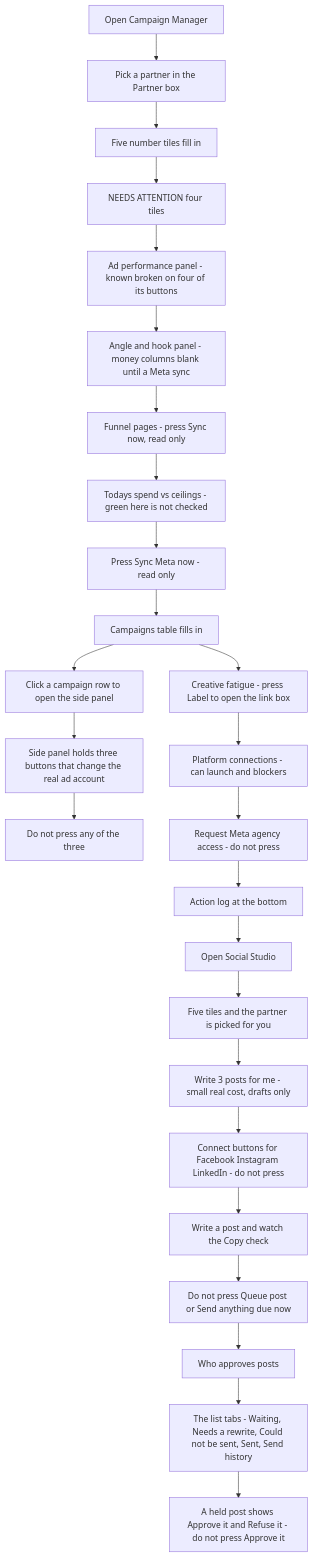
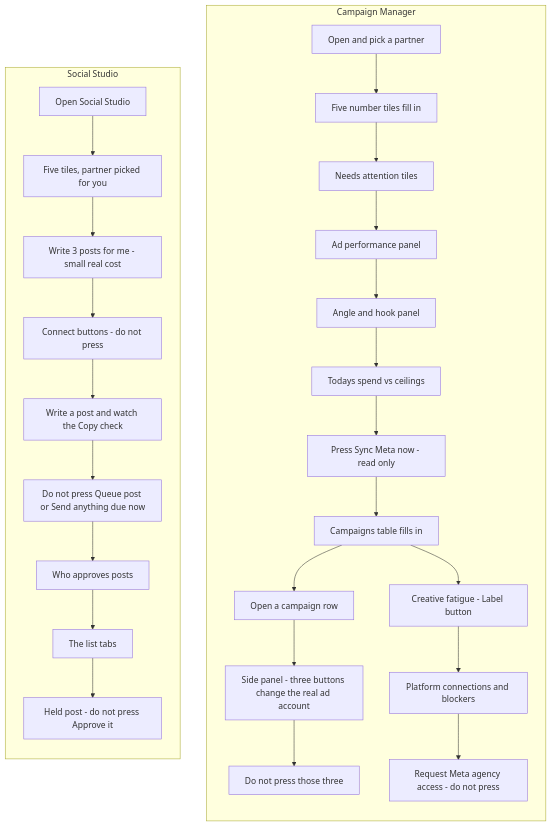
The second of 3 diagrams in docs/workflows/marketing-walkthrough-2026-09-17.md (ZootimusMaximusSupreme/Fundhub_ai), drawn with Mermaid before and after one commit. The commit also changed other lines of this file and 2 other files, not shown here.

Commit message:
Marketing sheet diagrams: close the cut-off M1 line, split M2 into two charts
M1's last box was written without its closing bracket, so the sales-video branch
was lost. M2 was 26 boxes in one 2,900px column; it is now a Campaign Manager
group beside a Social Studio group, 1,445px. Checked in the browser: three
diagrams draw, no syntax errors.

````diff
--- a/docs/workflows/marketing-walkthrough-2026-09-17.md
+++ b/docs/workflows/marketing-walkthrough-2026-09-17.md
@@ -147,28 +147,30 @@
 ```mermaid
 flowchart TD
-A[Open Campaign Manager] --> B[Pick a partner in the Partner box]
-B --> C[Five number tiles fill in]
-C --> D[NEEDS ATTENTION four tiles]
-D --> E[Ad performance panel - known broken on four of its buttons]
-E --> F[Angle and hook panel - money columns blank until a Meta sync]
-F --> G[Funnel pages - press Sync now, read only]
-G --> H[Todays spend vs ceilings - green here is not checked]
-H --> I[Press Sync Meta now - read only]
-I --> J[Campaigns table fills in]
-J --> K[Click a campaign row to open the side panel]
-K --> L[Side panel holds three buttons that change the real ad account]
-L --> M[Do not press any of the three]
-J --> N[Creative fatigue - press Label to open the link box]
-N --> O[Platform connections - can launch and blockers]
-O --> P[Request Meta agency access - do not press]
-P --> Q[Action log at the bottom]
-Q --> R[Open Social Studio]
-R --> S[Five tiles and the partner is picked for you]
-S --> T[Write 3 posts for me - small real cost, drafts only]
-T --> U[Connect buttons for Facebook Instagram LinkedIn - do not press]
-U --> V[Write a post and watch the Copy check]
-V --> W[Do not press Queue post or Send anything due now]
-W --> X[Who approves posts]
-X --> Y[The list tabs - Waiting, Needs a rewrite, Could not be sent, Sent, Send history]
-Y --> Z[A held post shows Approve it and Refuse it - do not press Approve it]
+  subgraph CM[Campaign Manager]
+    direction TB
+    A[Open and pick a partner] --> B[Five number tiles fill in]
+    B --> C[Needs attention tiles]
+    C --> D[Ad performance panel]
+    D --> E[Angle and hook panel]
+    E --> F[Todays spend vs ceilings]
+    F --> G[Press Sync Meta now - read only]
+    G --> H[Campaigns table fills in]
+    H --> I[Open a campaign row]
+    I --> J[Side panel - three buttons change the real ad account]
+    J --> K[Do not press those three]
+    H --> L[Creative fatigue - Label button]
+    L --> M[Platform connections and blockers]
+    M --> N[Request Meta agency access - do not press]
+  end
+  subgraph SS[Social Studio]
+    direction TB
+    O[Open Social Studio] --> P[Five tiles, partner picked for you]
+    P --> Q[Write 3 posts for me - small real cost]
+    Q --> R[Connect buttons - do not press]
+    R --> S[Write a post and watch the Copy check]
+    S --> T[Do not press Queue post or Send anything due now]
+    T --> U[Who approves posts]
+    U --> V[The list tabs]
+    V --> W[Held post - do not press Approve it]
+  end
 ```
````
